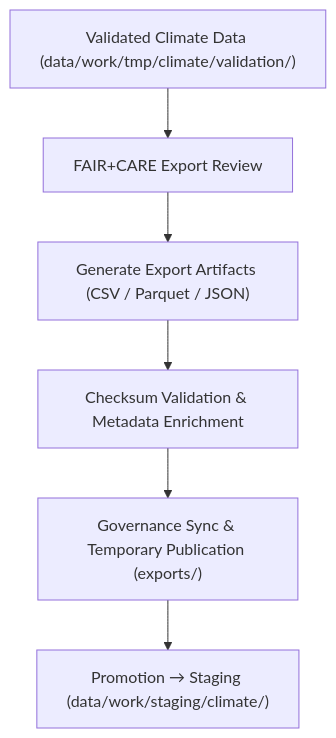
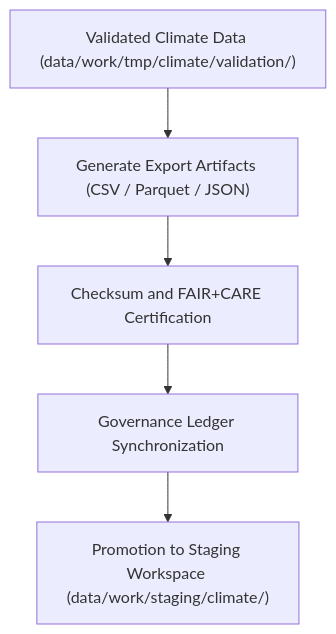
One commit to bartytime4life/Kansas-Frontier-Matrix changed the diagram in data/work/tmp/climate/exports/README.md. Above: the diagram before and after it, drawn with Mermaid. The commit also changed other lines of this file, not shown here.

Commit message:
Update README for version 9.6.0 and governance details

````diff
--- a/data/work/tmp/climate/exports/README.md
+++ b/data/work/tmp/climate/exports/README.md
@@ -69,8 +62,7 @@
 ```mermaid
 flowchart TD
-    A["Validated Climate Data (data/work/tmp/climate/validation/)"] --> B["FAIR+CARE Export Review"]
-    B --> C["Generate Export Artifacts (CSV / Parquet / JSON)"]
-    C --> D["Checksum Validation & Metadata Enrichment"]
-    D --> E["Governance Sync & Temporary Publication (exports/)"]
-    E --> F["Promotion → Staging (data/work/staging/climate/)"]
+    A["Validated Climate Data (data/work/tmp/climate/validation/)"] --> B["Generate Export Artifacts (CSV / Parquet / JSON)"]
+    B --> C["Checksum and FAIR+CARE Certification"]
+    C --> D["Governance Ledger Synchronization"]
+    D --> E["Promotion to Staging Workspace (data/work/staging/climate/)"]
 ```
````
